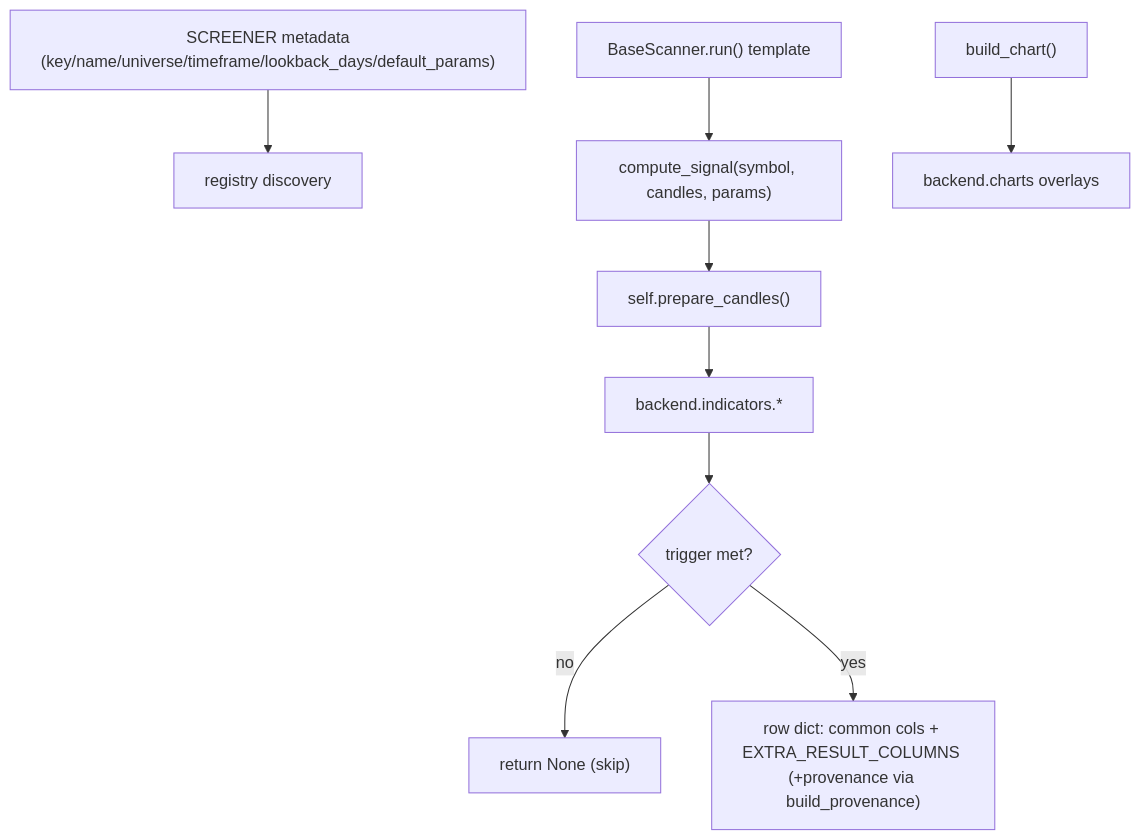
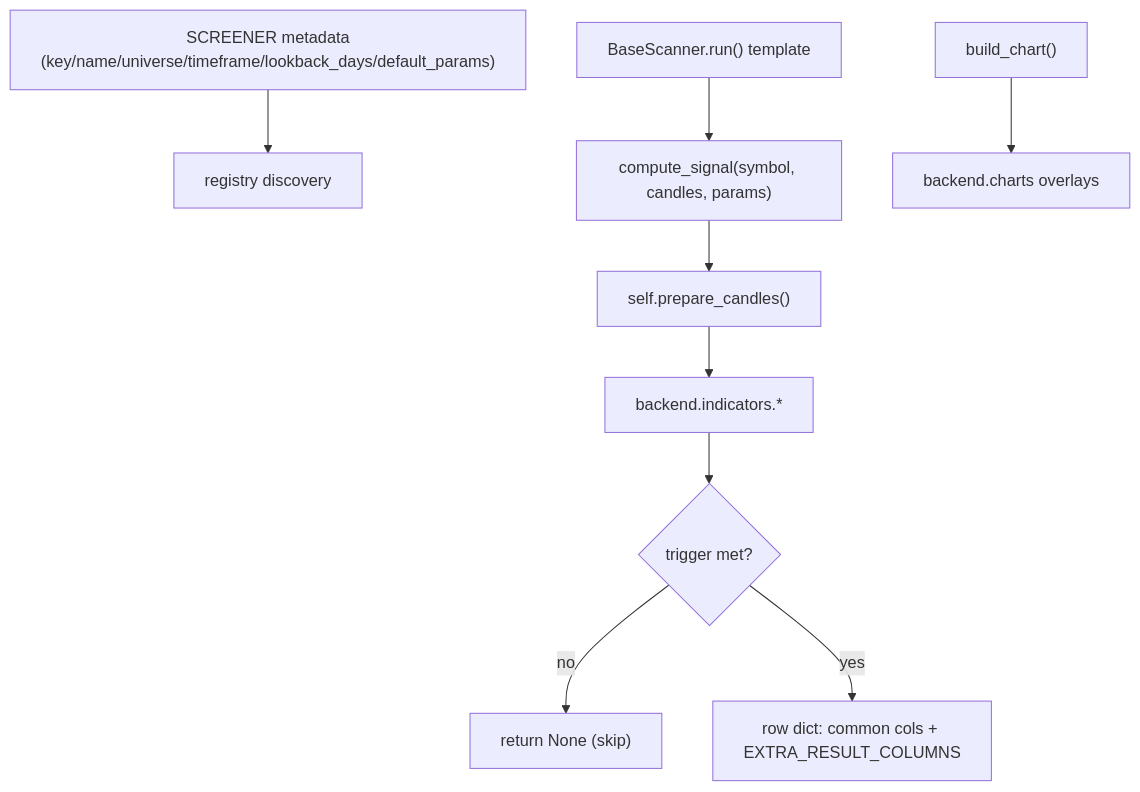
Before and after one commit to DoRmAmMu1997/Streamlit-Scanner-App: the diagram in docs/architecture/components/screener-catalog.md, drawn with Mermaid. The commit also changed other lines of this file and 7 other files, not shown here.

First line of the commit message:
docs(architecture): correct accuracy issues from Codex review

````diff
--- a/docs/architecture/components/screener-catalog.md
+++ b/docs/architecture/components/screener-catalog.md
@@ -42,11 +42,11 @@
 ```mermaid
 flowchart TD
     META["SCREENER metadata\n(key/name/universe/timeframe/lookback_days/default_params)"] --> REG["registry discovery"]
     RUN["BaseScanner.run() template"] --> CS["compute_signal(symbol, candles, params)"]
     CS --> PREP["self.prepare_candles()"]
     PREP --> IND["backend.indicators.*"]
     IND --> TRIG{"trigger met?"}
     TRIG -->|no| NONE["return None (skip)"]
-    TRIG -->|yes| ROW["row dict: common cols + EXTRA_RESULT_COLUMNS (+provenance via build_provenance)"]
+    TRIG -->|yes| ROW["row dict: common cols + EXTRA_RESULT_COLUMNS"]
     CHART["build_chart()"] --> CHARTS["backend.charts overlays"]
 ```
````
